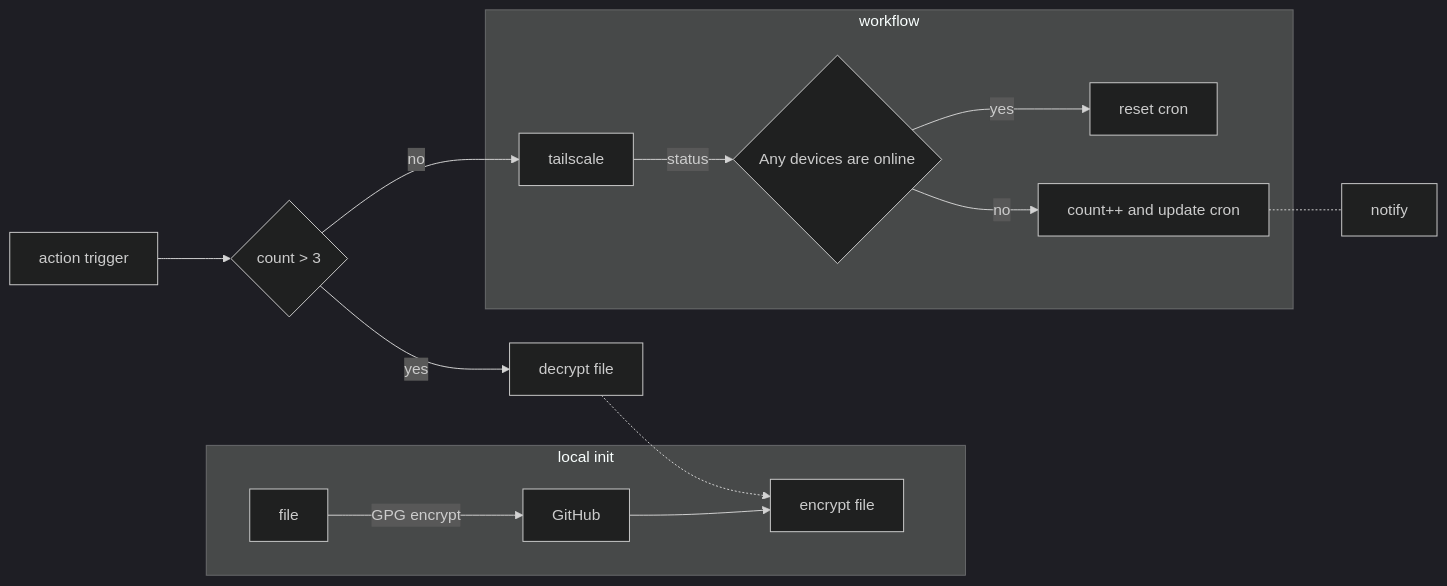
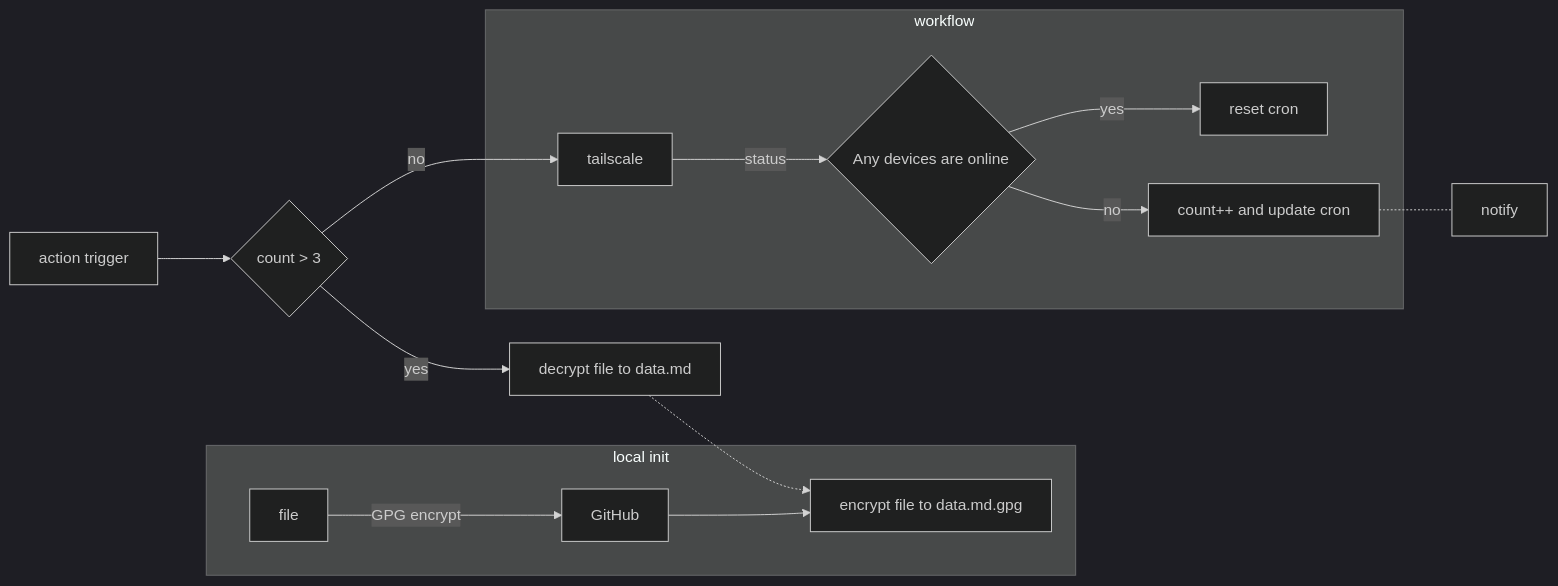
One commit to bxb100/death-plan changed the diagram in README.md. Above: the diagram before and after it, drawn with Mermaid (dark theme).

````diff
--- a/README.md
+++ b/README.md
@@ -13,19 +13,19 @@
 ```mermaid
 flowchart LR
     subgraph "local init"
         A[file] -->|GPG encrypt| B[GitHub]
-        B --> C[encrypt file]
+        B --> C[encrypt file to data.md.gpg]
     end
 
     subgraph "workflow"
         D[tailscale] -->|status| id1{Any devices are online}
         id1 -->|yes| F0[reset cron]
         id1 -->|no| G[count++ and update cron]
     end
 
     G -.- End[notify]
     H[action trigger] --> id2{count > 3}
     id2 -->|no| D
-    id2 -->|yes| F1[decrypt file]
+    id2 -->|yes| F1[decrypt file to data.md]
     F1 -.-> C
 ```
````
